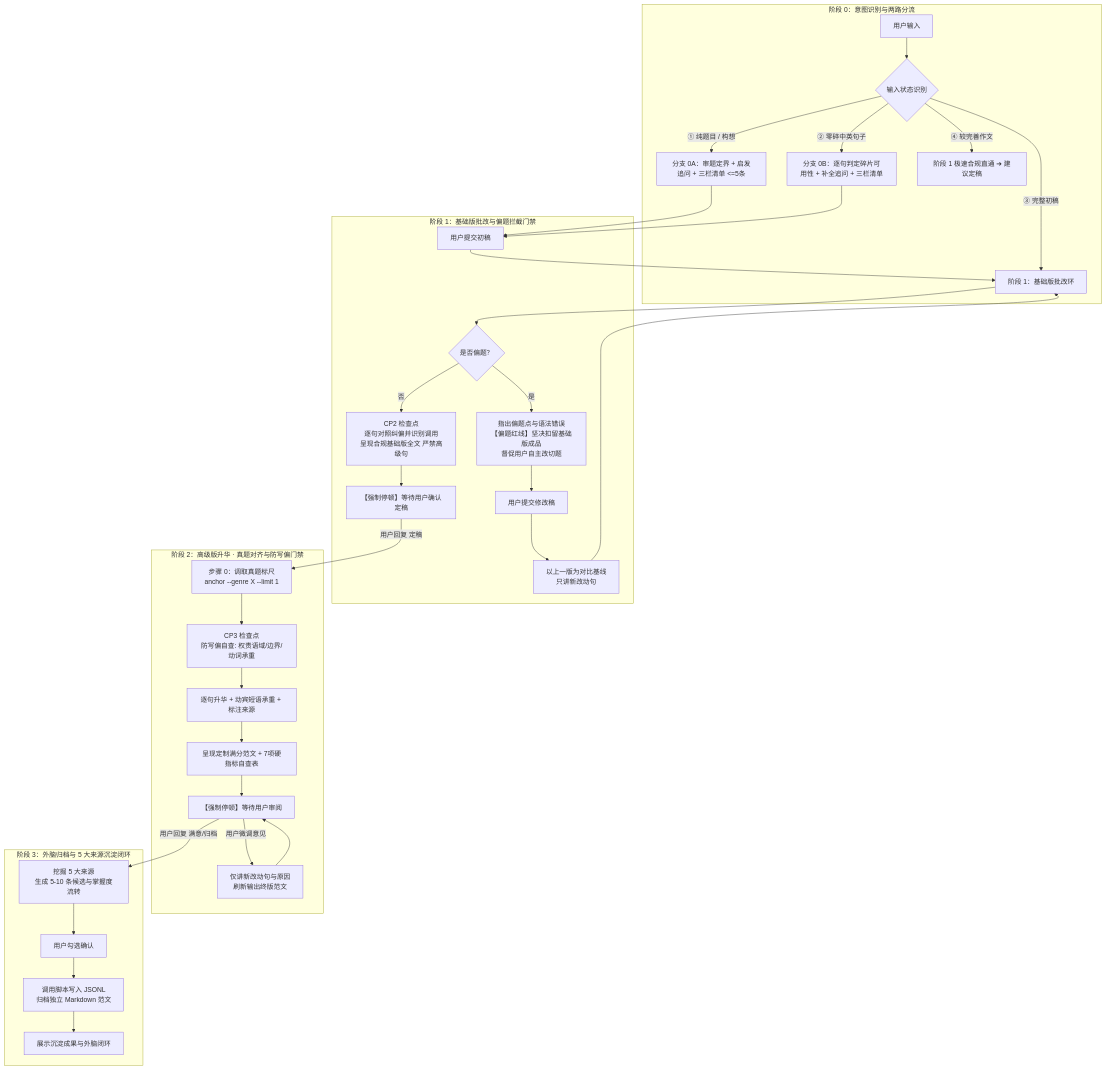
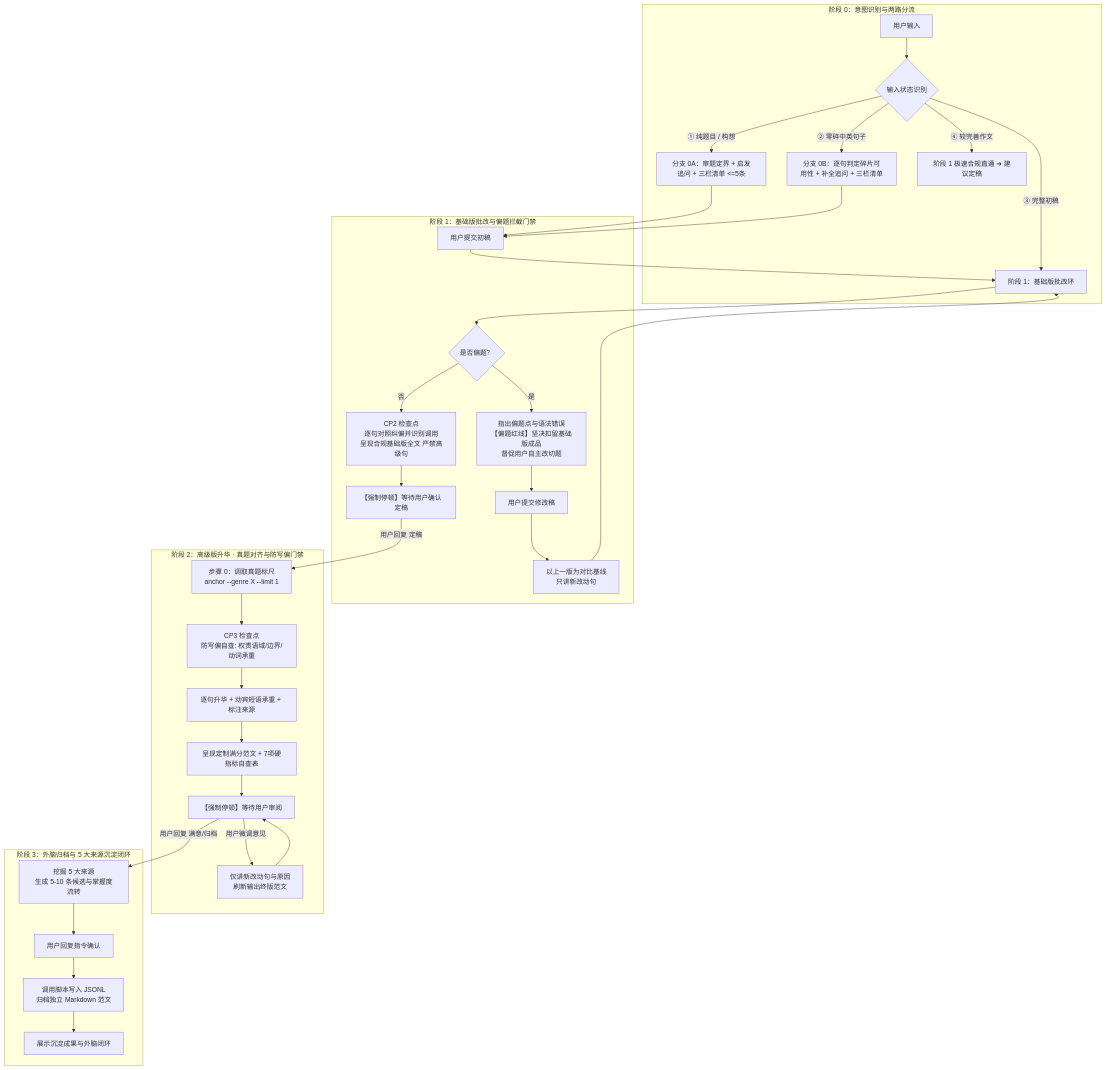
Before and after one commit to Fuchen-Xiaoxing/free-kaoyan-practical-writing: the diagram in SKILL.md, drawn with Mermaid. The commit also changed other lines of this file and 3 other files, not shown here.

````diff
--- a/SKILL.md
+++ b/SKILL.md
@@ -75,40 +75,40 @@
 ```mermaid
 flowchart TD
     subgraph S0 [阶段 0：意图识别与两路分流]
         In[用户输入] --> Judge{输入状态识别}
         Judge -- ① 纯题目 / 构想 --> P0_A[分支 0A：审题定界 + 启发追问 + 三栏清单 <=5条]
         Judge -- ② 零碎中英句子 --> P0_B[分支 0B：逐句判定碎片可用性 + 补全追问 + 三栏清单]
         Judge -- ③ 完整初稿 --> P1[阶段 1：基础版批改环]
         Judge -- ④ 较完善作文 --> P1_Fast[阶段 1 极速合规直通 ➔ 建议定稿]
     end
 
     subgraph S1 [阶段 1：基础版批改与偏题拦截门禁]
         P0_A --> UserDraft[用户提交初稿]
         P0_B --> UserDraft
         UserDraft --> P1
         P1 --> TopicCheck{是否偏题？}
         TopicCheck -- 是 --> OffTopicReject[指出偏题点与语法错误<br>【偏题红线】坚决扣留基础版成品<br>督促用户自主改切题]
         OffTopicReject --> UserRevise[用户提交修改稿]
         UserRevise --> MultiTurnBasic[以上一版为对比基线<br>只讲新改动句]
         MultiTurnBasic --> P1
         TopicCheck -- 否 --> SentCheck[CP2 检查点<br>逐句对照纠偏并识别调用<br>呈现合规基础版全文 严禁高级句]
         SentCheck --> WaitBasic[【强制停顿】等待用户确认定稿]
     end
 
     subgraph S2 [阶段 2：高级版升华 · 真题对齐与防写偏门禁]
         WaitBasic -- 用户回复 定稿 --> AnchorRead[步骤 0：调取真题标尺<br>anchor --genre X --limit 1]
         AnchorRead --> CP3[CP3 检查点<br>防写偏自查: 权责语域/边界/动词承重]
         CP3 --> Elevate[逐句升华 + 动宾短语承重 + 标注来源]
         Elevate --> ElevateFinal[呈现定制满分范文 + 7项硬指标自查表]
         ElevateFinal --> WaitAdvanced[【强制停顿】等待用户审阅]
         WaitAdvanced -- 用户微调意见 --> MultiTurnElevate[仅讲新改动句与原因<br>刷新输出终版范文]
         MultiTurnElevate --> WaitAdvanced
     end
 
     subgraph S3 [阶段 3：外脑归档与 5 大来源沉淀闭环]
         WaitAdvanced -- 用户回复 满意/归档 --> CandidateGen[挖掘 5 大来源<br>生成 5-10 条候选与掌握度流转]
-        CandidateGen --> UserBatchConfirm[用户勾选确认]
+        CandidateGen --> UserBatchConfirm[用户回复指令确认]
         UserBatchConfirm --> ScriptExec[调用脚本写入 JSONL<br>归档独立 Markdown 范文]
         ScriptExec --> EndNode[展示沉淀成果与外脑闭环]
     end
 ```
````
